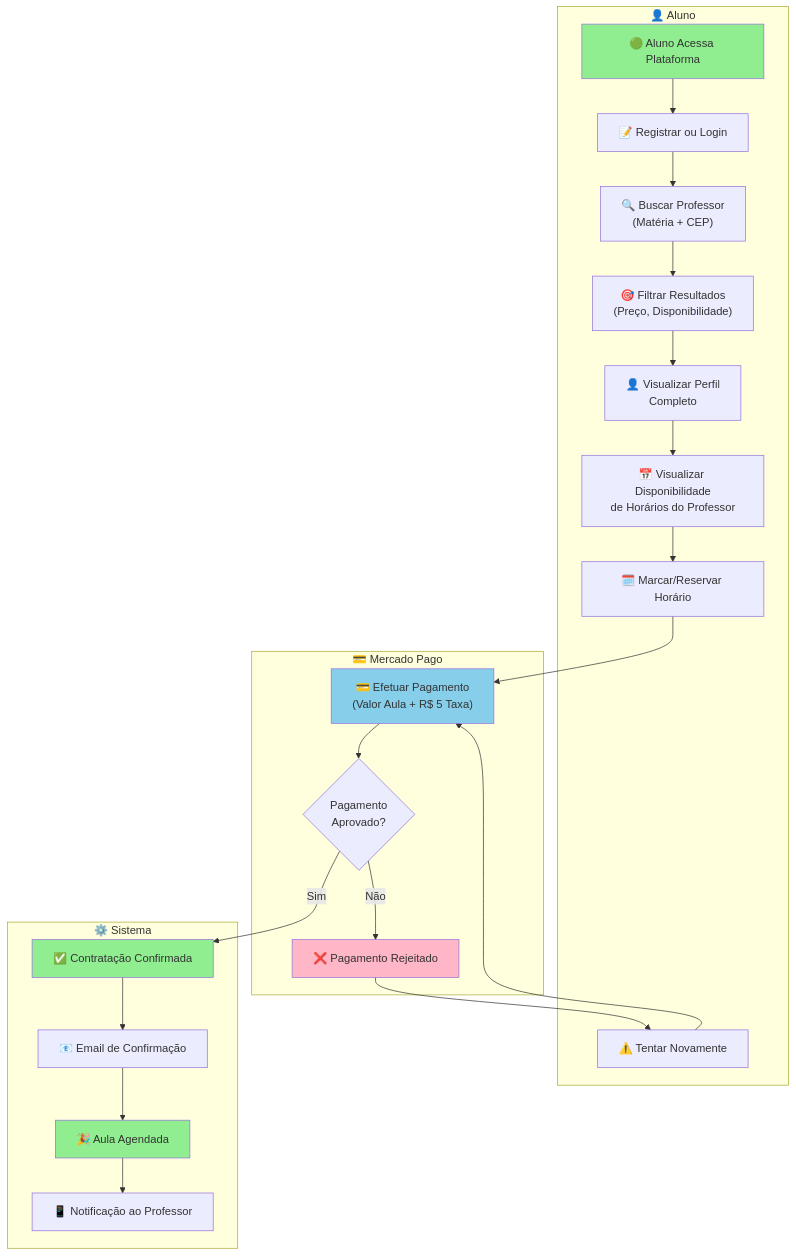
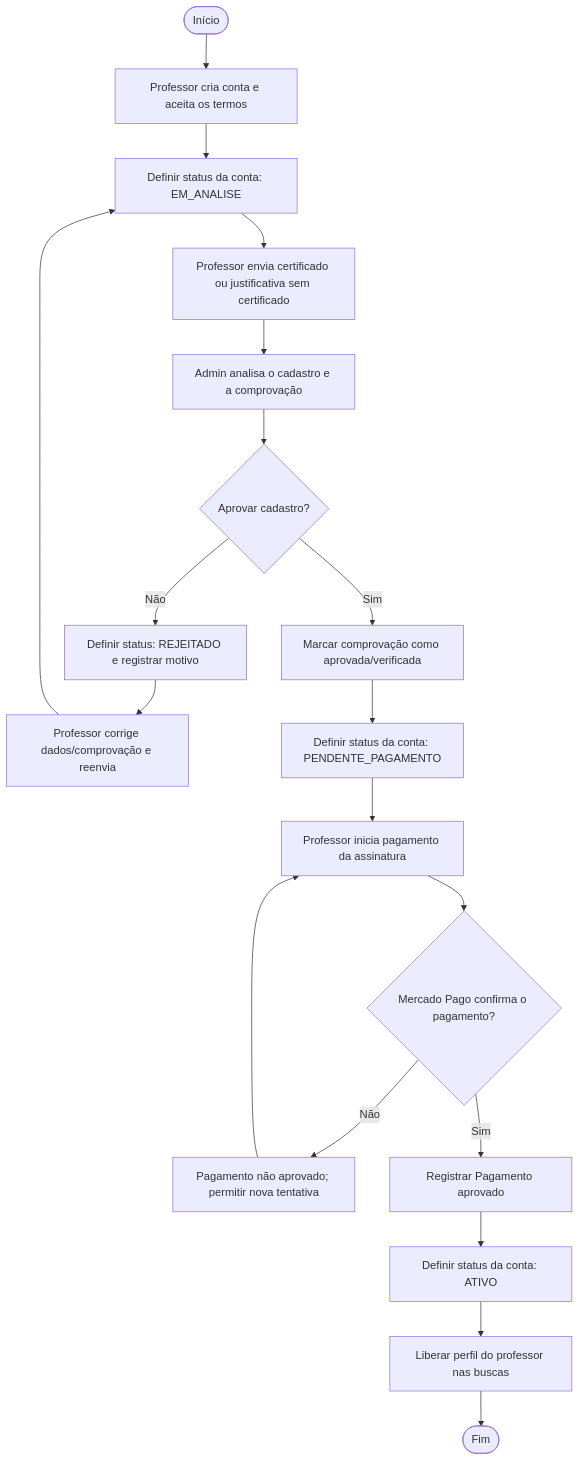
One commit to VictorHCSampaio/ConectaPro changed the second of 9 diagrams in BPMN_DIAGRAM.md. Above: the diagram before and after it, drawn with Mermaid. The commit also changed other lines of this file and 1 other file, not shown here.

Commit message:
docs: atualiza diagramas conforme implementacao

````diff
--- a/BPMN_DIAGRAM.md
+++ b/BPMN_DIAGRAM.md
@@ -7,48 +41,21 @@
 ```mermaid
 graph TD
-    subgraph Aluno["👤 Aluno"]
-        A["🟢 Aluno Acessa Plataforma"]
-        B["📝 Registrar ou Login"]
-        C["🔍 Buscar Professor<br/>(Matéria + CEP)"]
-        D["🎯 Filtrar Resultados<br/>(Preço, Disponibilidade)"]
-        E["👤 Visualizar Perfil<br/>Completo"]
-        F["📅 Visualizar Disponibilidade<br/>de Horários do Professor"]
-        G["🗓️ Marcar/Reservar Horário"]
-        O["⚠️ Tentar Novamente"]
-    end
-
-    subgraph MercadoPago["💳 Mercado Pago"]
-        H["💳 Efetuar Pagamento<br/>(Valor Aula + R$ 5 Taxa)"]
-        I{Pagamento<br/>Aprovado?}
-        K["❌ Pagamento Rejeitado"]
-    end
-
-    subgraph Sistema["⚙️ Sistema"]
-        J["✅ Contratação Confirmada"]
-        L["📧 Email de Confirmação"]
-        M["🎉 Aula Agendada"]
-        N["📱 Notificação ao Professor"]
-    end
-
-    A --> B
-    B --> C
-    C --> D
-    D --> E
-    E --> F
-    F --> G
-    G --> H
-    H --> I
-    I -->|Sim| J
-    I -->|Não| K
-    J --> L
-    L --> M
-    M --> N
-    K --> O
-    O --> H
-
-    style A fill:#90EE90
-    style J fill:#90EE90
-    style M fill:#90EE90
-    style H fill:#87CEEB
-    style K fill:#FFB6C6
+    A([Início]) --> B[Professor cria conta e aceita os termos]
+    B --> C[Definir status da conta: EM_ANALISE]
+    C --> D[Professor envia certificado ou justificativa sem certificado]
+    D --> E[Admin analisa o cadastro e a comprovação]
+    E --> F{Aprovar cadastro?}
+    F -- Não --> G[Definir status: REJEITADO e registrar motivo]
+    G --> H[Professor corrige dados/comprovação e reenvia]
+    H --> C
+    F -- Sim --> I[Marcar comprovação como aprovada/verificada]
+    I --> J[Definir status da conta: PENDENTE_PAGAMENTO]
+    J --> K[Professor inicia pagamento da assinatura]
+    K --> L{Mercado Pago confirma o pagamento?}
+    L -- Não --> M[Pagamento não aprovado; permitir nova tentativa]
+    M --> K
+    L -- Sim --> N[Registrar Pagamento aprovado]
+    N --> O[Definir status da conta: ATIVO]
+    O --> P[Liberar perfil do professor nas buscas]
+    P --> Z([Fim])
 ```
````
